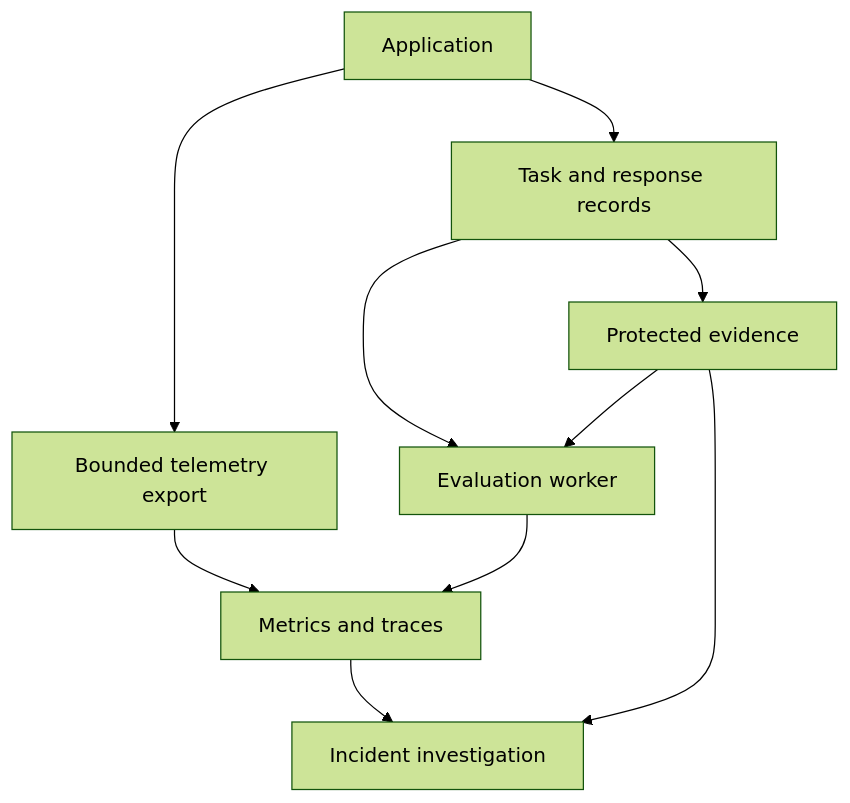
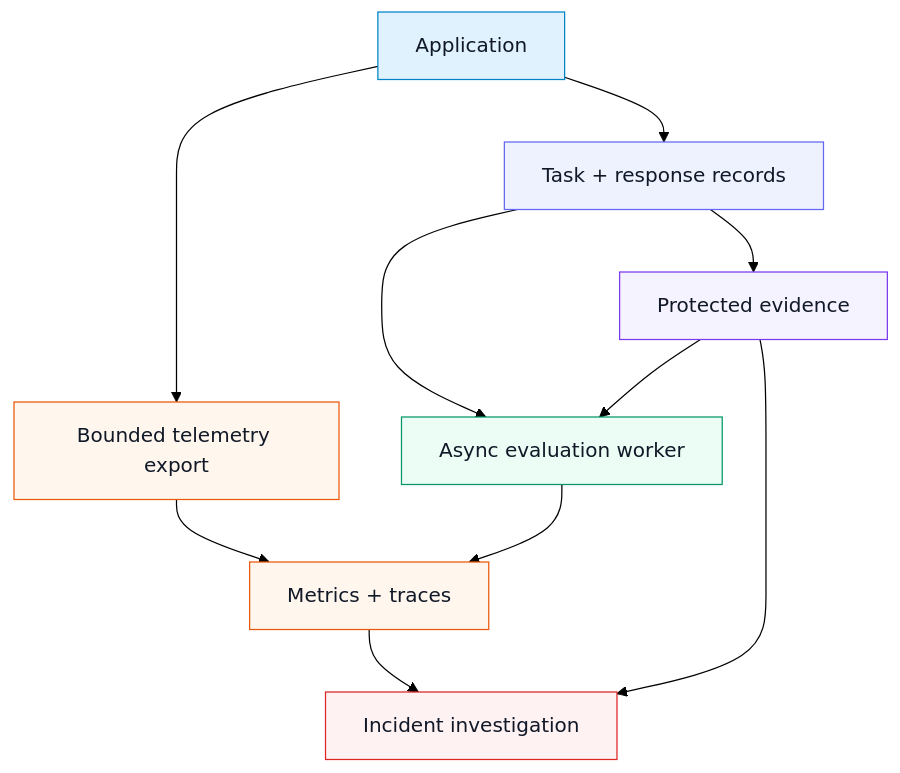
Before and after one commit to FinanceFlash/unvibecode: the first of 3 diagrams in skills/unvibecode-ai-observability/AI_OBSERVABILITY_IMPLEMENTATION_GUIDE.md, drawn with Mermaid (forest theme). The commit also changed other lines of this file and 1 other file, not shown here.

Commit message:
Refresh AI observability guide with visual production flows

````diff
--- a/skills/unvibecode-ai-observability/AI_OBSERVABILITY_IMPLEMENTATION_GUIDE.md
+++ b/skills/unvibecode-ai-observability/AI_OBSERVABILITY_IMPLEMENTATION_GUIDE.md
@@ -55,12 +68,25 @@
-```mermaid
+~~~mermaid
 flowchart TD
-    A[Application] --> B[Task and response records]
-    A --> C[Bounded telemetry export]
-    C --> D[Metrics and traces]
-    B --> E[Protected evidence]
-    B --> F[Evaluation worker]
+    A["Application"] --> B["Task + response records"]
+    A --> C["Bounded telemetry export"]
+    C --> D["Metrics + traces"]
+    B --> E["Protected evidence"]
+    B --> F["Async evaluation worker"]
     E --> F
     F --> D
-    D --> G[Incident investigation]
+    D --> G["Incident investigation"]
     E --> G
-```
+
+    classDef app fill:#e0f2fe,stroke:#0284c7,color:#111827;
+    classDef record fill:#eef2ff,stroke:#6366f1,color:#111827;
+    classDef telemetry fill:#fff7ed,stroke:#ea580c,color:#111827;
+    classDef evidence fill:#f5f3ff,stroke:#7c3aed,color:#111827;
+    classDef eval fill:#ecfdf5,stroke:#059669,color:#111827;
+    classDef incident fill:#fef2f2,stroke:#dc2626,color:#111827;
+    class A app;
+    class B record;
+    class C,D telemetry;
+    class E evidence;
+    class F eval;
+    class G incident;
+~~~
````
